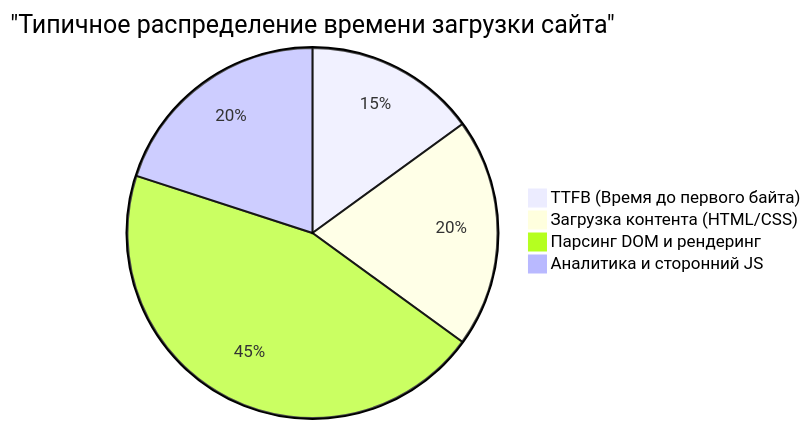
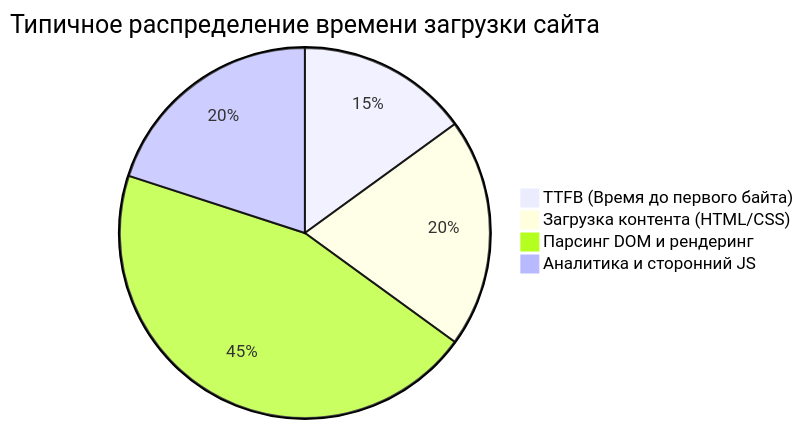
The third of 3 diagrams in content/post/hugo_hosting/index.ru.md (kenjinote/blog), drawn with Mermaid before and after one commit. The commit also changed other lines of this file and 703 other files, not shown here.

Commit message:
Fix: Remove quotes from Mermaid link texts and timeline definitions to support Mermaid 11.4.1

````diff
--- a/content/post/hugo_hosting/index.ru.md
+++ b/content/post/hugo_hosting/index.ru.md
@@ -218,7 +218,7 @@
 ```mermaid
-pie title "Типичное распределение времени загрузки сайта"
+pie title Типичное распределение времени загрузки сайта
     "TTFB (Время до первого байта)" : 15
     "Загрузка контента (HTML/CSS)" : 20
     "Парсинг DOM и рендеринг" : 45
     "Аналитика и сторонний JS" : 20
 ```
````
